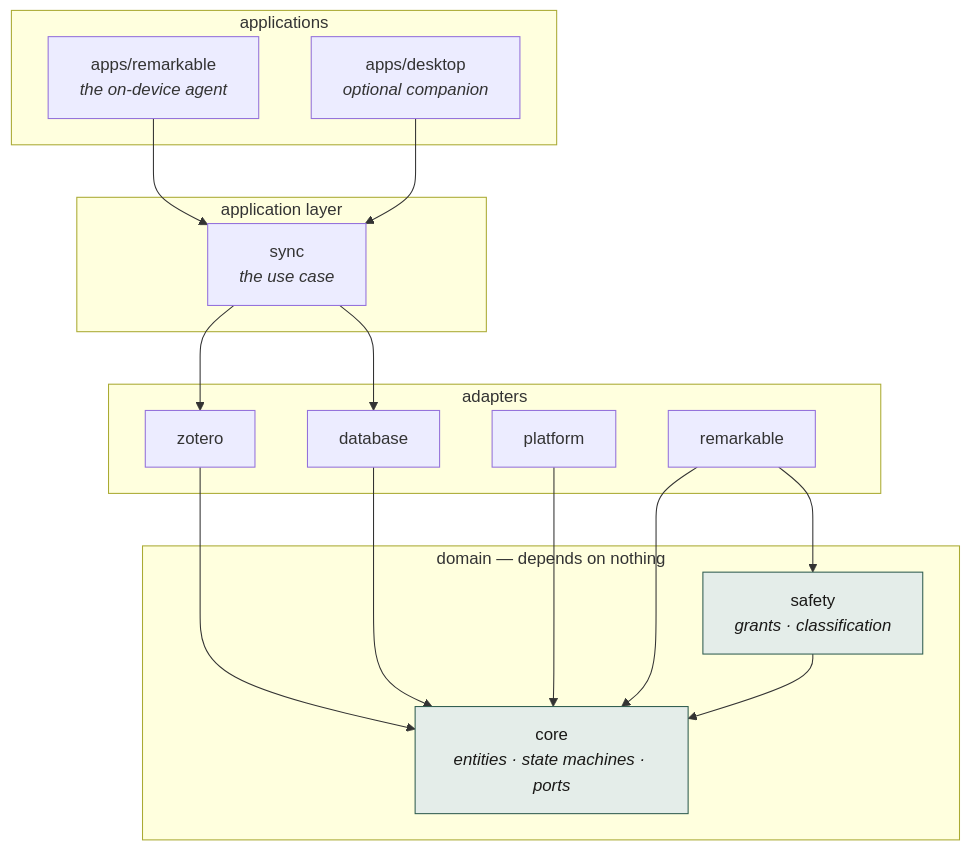
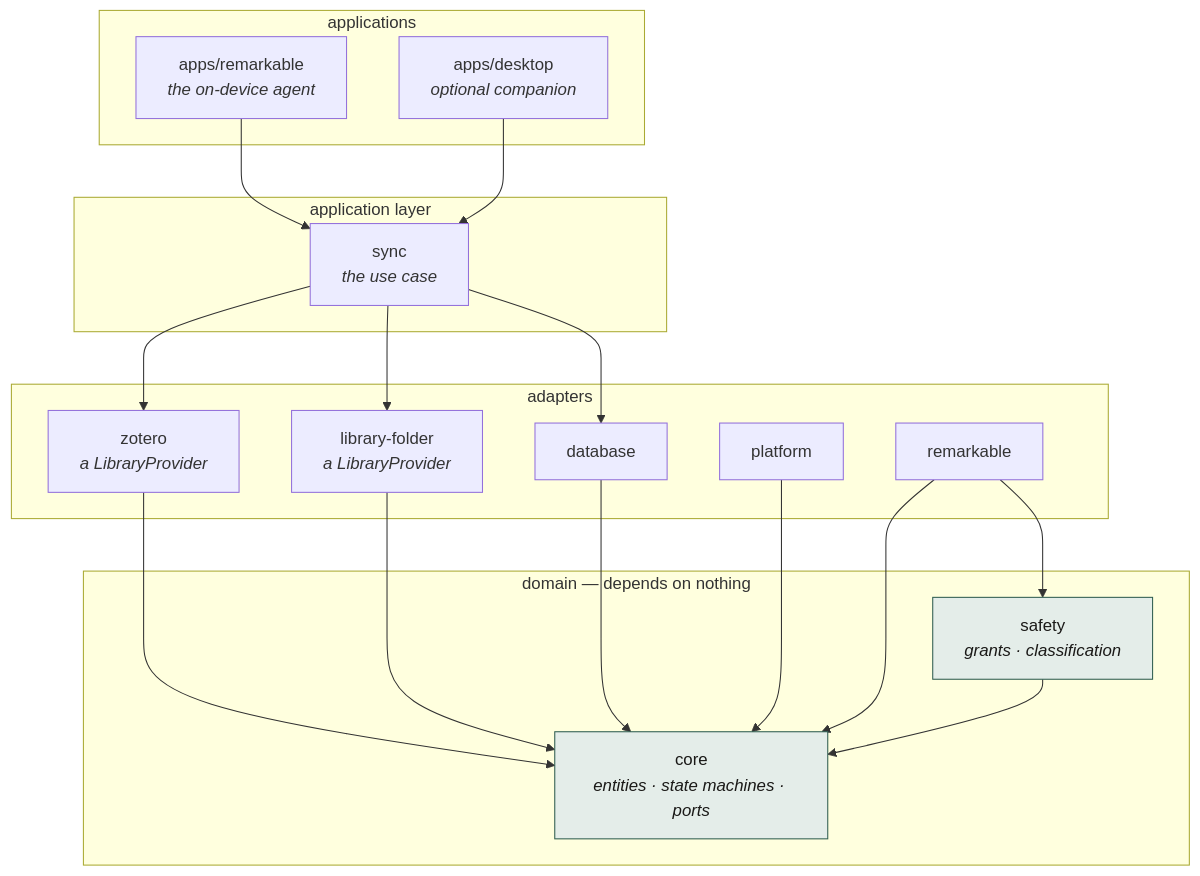
The fourth of 4 diagrams in README.md (cyuss/marginalia), drawn with Mermaid before and after one commit. The commit also changed other lines of this file and 9 other files, not shown here.

````diff
--- a/README.md
+++ b/README.md
@@ -219,30 +252,31 @@
 ```mermaid
 flowchart TD
     subgraph apps["applications"]
         AG["apps/remarkable<br/><i>the on-device agent</i>"]
         DK["apps/desktop<br/><i>optional companion</i>"]
     end
     subgraph app["application layer"]
         SY["sync<br/><i>the use case</i>"]
     end
     subgraph adapters["adapters"]
-        ZO["zotero"]
+        ZO["zotero<br/><i>a LibraryProvider</i>"]
+        FO["library-folder<br/><i>a LibraryProvider</i>"]
         DB["database"]
         PL["platform"]
         RM["remarkable"]
     end
     subgraph domain["domain — depends on nothing"]
         CO["core<br/><i>entities · state machines · ports</i>"]
         SA["safety<br/><i>grants · classification</i>"]
     end
 
     AG --> SY
     DK --> SY
-    SY --> ZO & DB
-    ZO & DB & PL & RM --> CO
+    SY --> ZO & FO & DB
+    ZO & FO & DB & PL & RM --> CO
     RM --> SA
     SA --> CO
 
     style CO fill:#E4EDE9,stroke:#2F5D50,color:#1A1917
     style SA fill:#E4EDE9,stroke:#2F5D50,color:#1A1917
 ```
````
